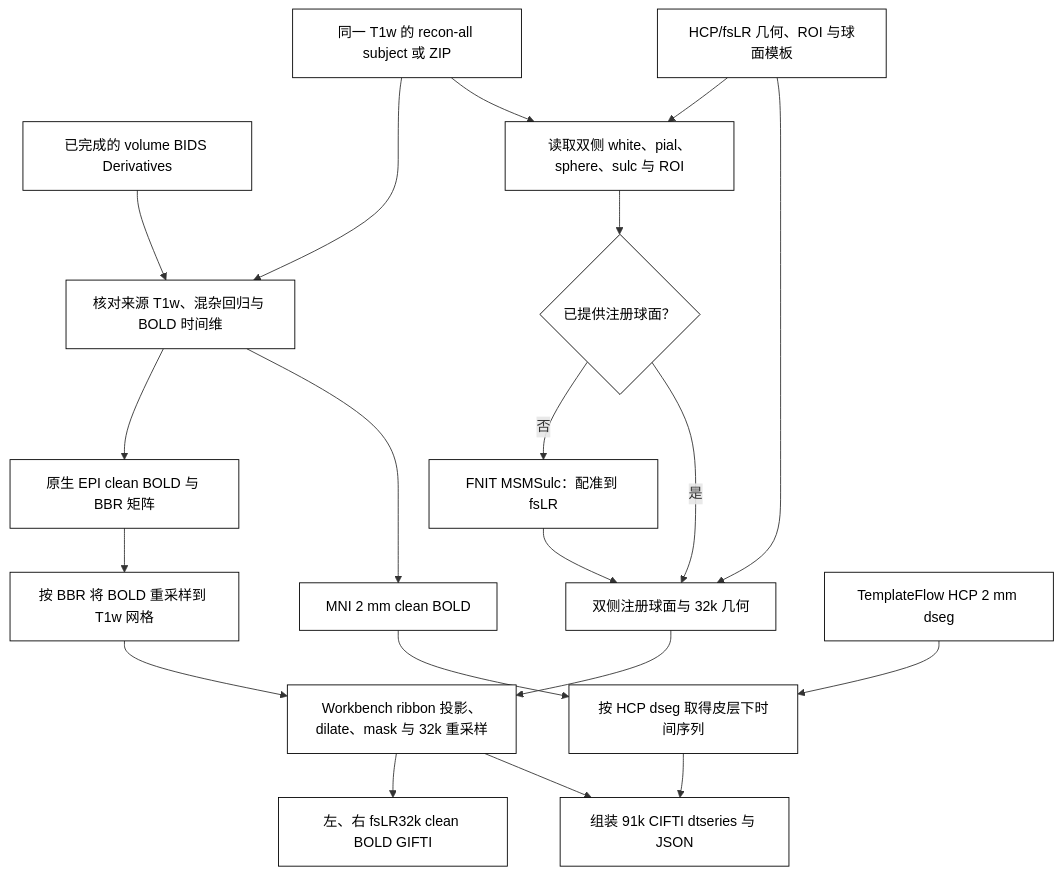
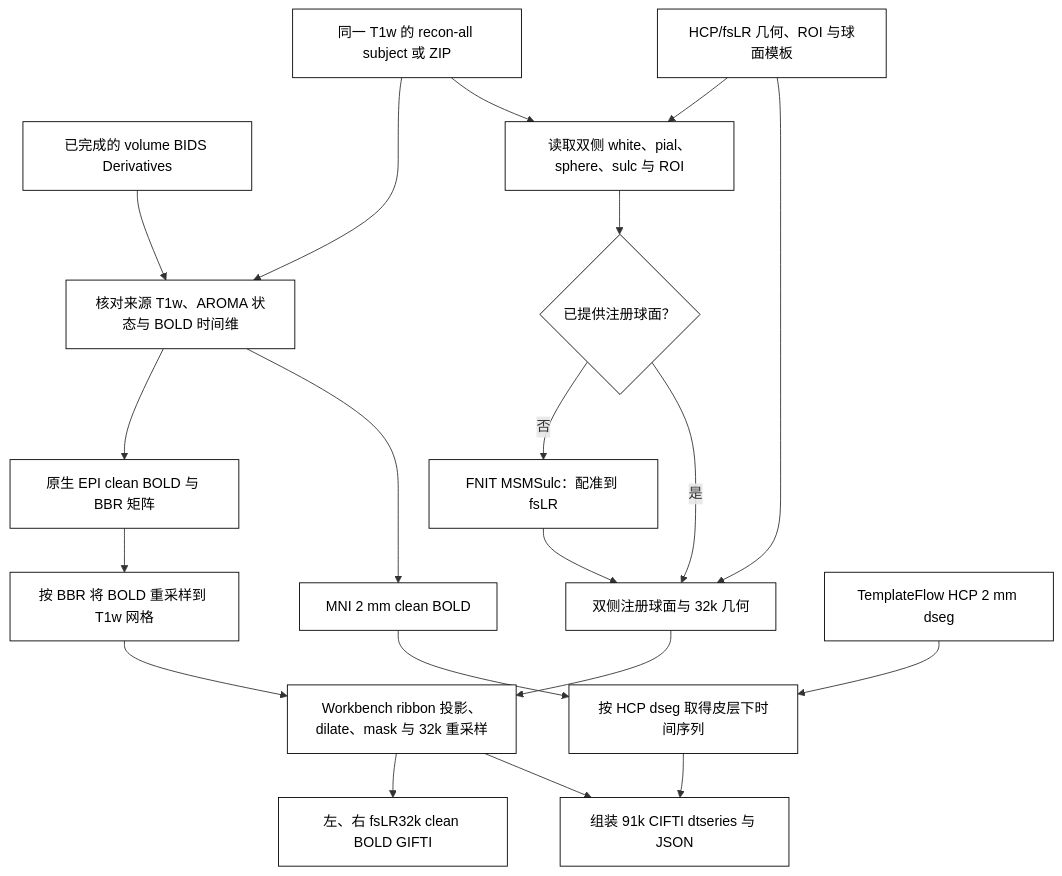
One commit to weikanggong1/Fudan-Neuroimaging-toolkit changed the diagram in docs/fmri/surface.md. Above: the diagram before and after it, drawn with Mermaid. The commit also changed other lines of this file and 23 other files, not shown here.

````diff
--- a/docs/fmri/surface.md
+++ b/docs/fmri/surface.md
@@ -9,22 +9,22 @@
 ```mermaid
 flowchart TD
-    VOL["已完成的 volume BIDS Derivatives"] --> CHECK["核对来源 T1w、混杂回归与 BOLD 时间维"]
+    VOL["已完成的 volume BIDS Derivatives"] --> CHECK["核对来源 T1w、AROMA 状态与 BOLD 时间维"]
     FS["同一 T1w 的 recon-all subject 或 ZIP"] --> CHECK
     CHECK --> NATIVE["原生 EPI clean BOLD 与 BBR 矩阵"]
     CHECK --> MNI["MNI 2 mm clean BOLD"]
     NATIVE --> T1BOLD["按 BBR 将 BOLD 重采样到 T1w 网格"]
     FS --> GEO["读取双侧 white、pial、sphere、sulc 与 ROI"]
     HCP["HCP/fsLR 几何、ROI 与球面模板"] --> GEO
     GEO --> SPHERE{"已提供注册球面？"}
     SPHERE -- 否 --> MSM["FNIT MSMSulc：配准到 fsLR"] --> READY["双侧注册球面与 32k 几何"]
     SPHERE -- 是 --> READY
     HCP --> READY
     T1BOLD --> PROJ["Workbench ribbon 投影、dilate、mask 与 32k 重采样"]
     READY --> PROJ
     PROJ --> GIFTI["左、右 fsLR32k clean BOLD GIFTI"]
     MNI --> SUB["按 HCP dseg 取得皮层下时间序列"]
     DSEG["TemplateFlow HCP 2 mm dseg"] --> SUB
     PROJ --> CIFTI["组装 91k CIFTI dtseries 与 JSON"]
     SUB --> CIFTI
     classDef default fill:#ffffff,stroke:#000000,color:#000000;
 ```
````
